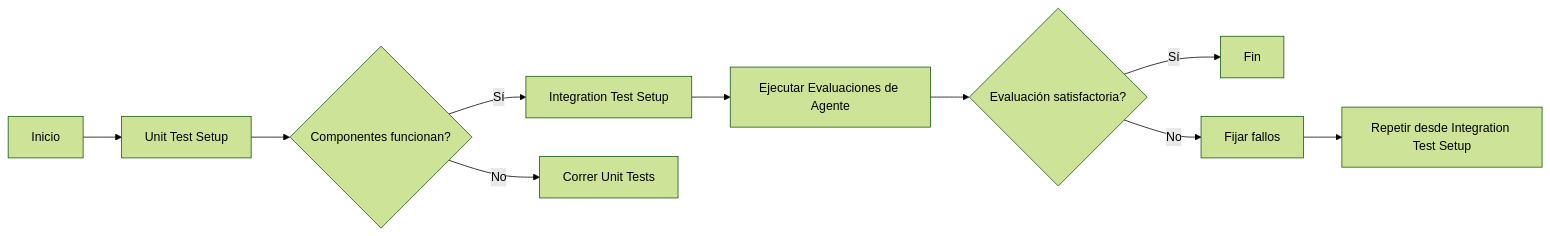
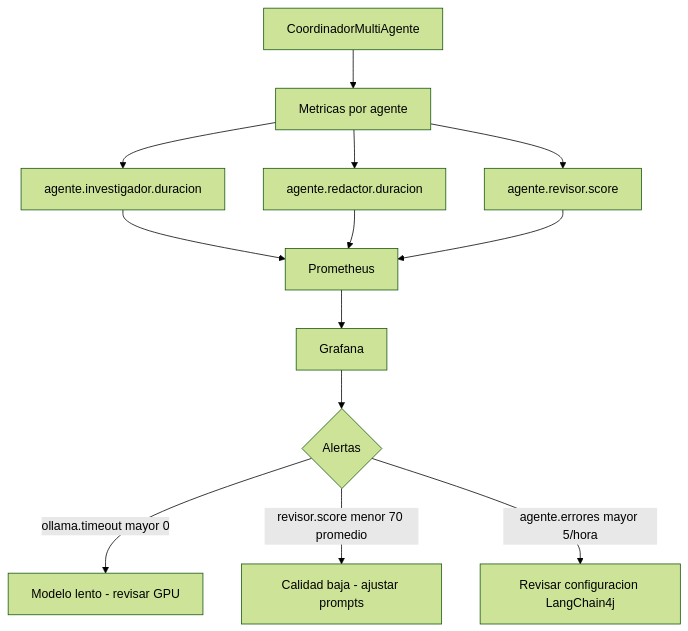
Before and after one commit to Joaquinriosheredia/DAM-Java-Mastery: the third of 4 diagrams in 08_IA_Agentes/sistemas_multi-agente_con_langchain4j_y_ollama_STAFF.md, drawn with Mermaid (forest theme). The commit also changed other lines of this file and 1 other file, not shown here.

Commit message:
feat: Data Mesh y Sistemas Multi-Agente — guías Staff refinadas

````diff
--- a/08_IA_Agentes/sistemas_multi-agente_con_langchain4j_y_ollama_STAFF.md
+++ b/08_IA_Agentes/sistemas_multi-agente_con_langchain4j_y_ollama_STAFF.md
@@ -753,12 +346,15 @@
 ```mermaid
-graph LR;
-    A[Inicio] --> B[Unit Test Setup];
-    B --> C{Componentes funcionan?};
-    C -->|Sí| D[Integration Test Setup];
-    C -->|No| E[Correr Unit Tests];
-    D --> F[Ejecutar Evaluaciones de Agente];
-    F --> G{Evaluación satisfactoria?};
-    G -->|Sí| H[Fin];
-    G -->|No| I[Fijar fallos];
-    I --> J[Repetir desde Integration Test Setup];
+graph TD
+    A[CoordinadorMultiAgente] --> B[Metricas por agente]
+    B --> C[agente.investigador.duracion]
+    B --> D[agente.redactor.duracion]
+    B --> E[agente.revisor.score]
+    C --> F[Prometheus]
+    D --> F
+    E --> F
+    F --> G[Grafana]
+    G --> H{Alertas}
+    H -->|ollama.timeout mayor 0| I[Modelo lento - revisar GPU]
+    H -->|revisor.score menor 70 promedio| J[Calidad baja - ajustar prompts]
+    H -->|agente.errores mayor 5/hora| K[Revisar configuracion LangChain4j]
 ```
````
